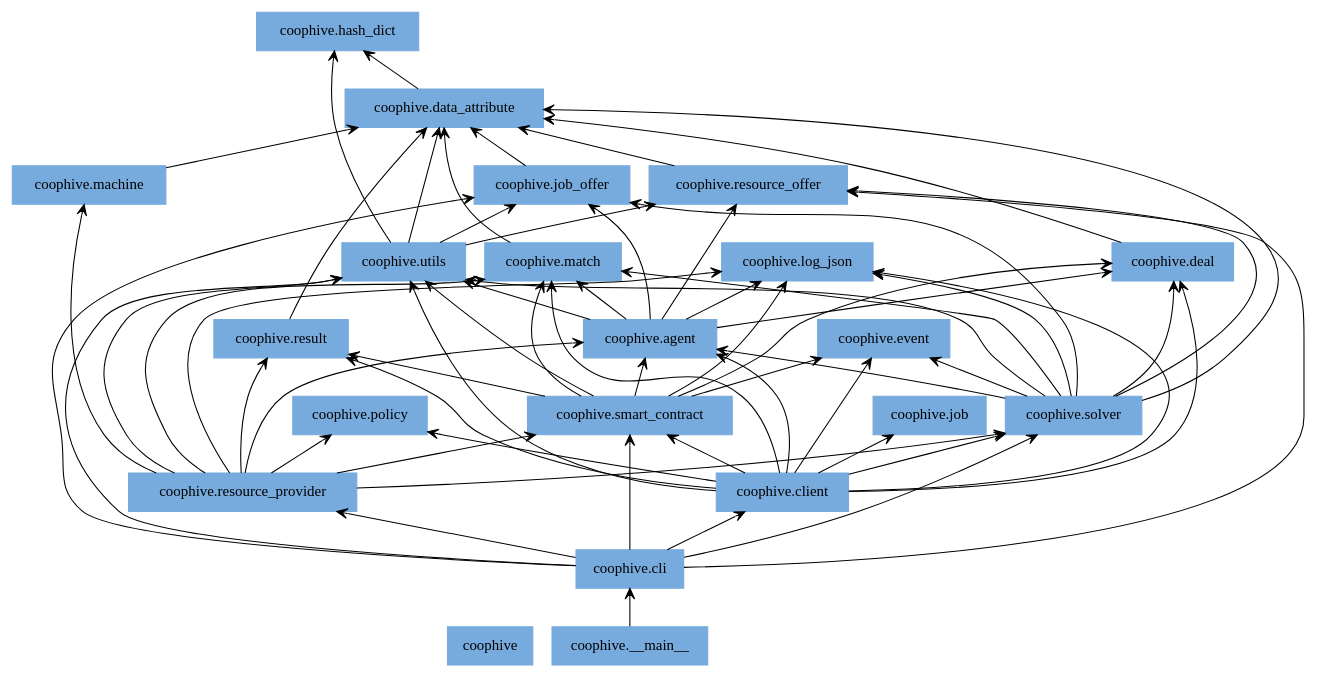
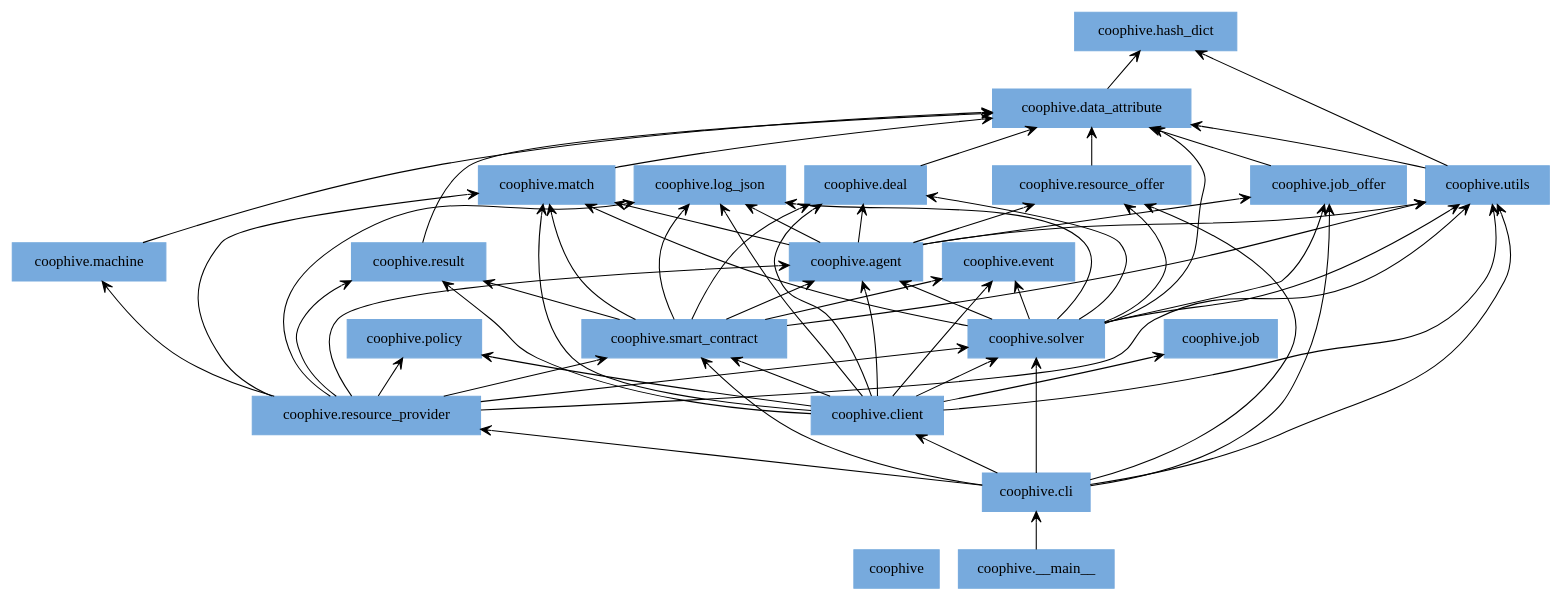
One commit to CoopHive/Apiary changed the diagram in docs/img/packages_coophive.dot. Above: the diagram before and after it, drawn with Graphviz. The commit also changed 3 other files, not shown here.

```diff
--- a/docs/img/packages_coophive.dot
+++ b/docs/img/packages_coophive.dot
@@ -1,86 +1,84 @@
 digraph "packages_coophive" {
 rankdir=BT
 charset="utf-8"
 "coophive" [color="#77AADD", label=<coophive>, shape="box", style="filled"];
 "coophive.__main__" [color="#77AADD", label=<coophive.__main__>, shape="box", style="filled"];
 "coophive.agent" [color="#77AADD", label=<coophive.agent>, shape="box", style="filled"];
 "coophive.cli" [color="#77AADD", label=<coophive.cli>, shape="box", style="filled"];
 "coophive.client" [color="#77AADD", label=<coophive.client>, shape="box", style="filled"];
 "coophive.data_attribute" [color="#77AADD", label=<coophive.data_attribute>, shape="box", style="filled"];
 "coophive.deal" [color="#77AADD", label=<coophive.deal>, shape="box", style="filled"];
 "coophive.event" [color="#77AADD", label=<coophive.event>, shape="box", style="filled"];
 "coophive.hash_dict" [color="#77AADD", label=<coophive.hash_dict>, shape="box", style="filled"];
 "coophive.job" [color="#77AADD", label=<coophive.job>, shape="box", style="filled"];
 "coophive.job_offer" [color="#77AADD", label=<coophive.job_offer>, shape="box", style="filled"];
 "coophive.log_json" [color="#77AADD", label=<coophive.log_json>, shape="box", style="filled"];
 "coophive.machine" [color="#77AADD", label=<coophive.machine>, shape="box", style="filled"];
 "coophive.match" [color="#77AADD", label=<coophive.match>, shape="box", style="filled"];
 "coophive.policy" [color="#77AADD", label=<coophive.policy>, shape="box", style="filled"];
 "coophive.resource_offer" [color="#77AADD", label=<coophive.resource_offer>, shape="box", style="filled"];
 "coophive.resource_provider" [color="#77AADD", label=<coophive.resource_provider>, shape="box", style="filled"];
 "coophive.result" [color="#77AADD", label=<coophive.result>, shape="box", style="filled"];
 "coophive.smart_contract" [color="#77AADD", label=<coophive.smart_contract>, shape="box", style="filled"];
 "coophive.solver" [color="#77AADD", label=<coophive.solver>, shape="box", style="filled"];
 "coophive.utils" [color="#77AADD", label=<coophive.utils>, shape="box", style="filled"];
 "coophive.__main__" -> "coophive.cli" [arrowhead="open", arrowtail="none"];
 "coophive.agent" -> "coophive.deal" [arrowhead="open", arrowtail="none"];
 "coophive.agent" -> "coophive.job_offer" [arrowhead="open", arrowtail="none"];
 "coophive.agent" -> "coophive.log_json" [arrowhead="open", arrowtail="none"];
 "coophive.agent" -> "coophive.match" [arrowhead="open", arrowtail="none"];
 "coophive.agent" -> "coophive.resource_offer" [arrowhead="open", arrowtail="none"];
 "coophive.agent" -> "coophive.utils" [arrowhead="open", arrowtail="none"];
 "coophive.cli" -> "coophive.client" [arrowhead="open", arrowtail="none"];
 "coophive.cli" -> "coophive.job_offer" [arrowhead="open", arrowtail="none"];
 "coophive.cli" -> "coophive.resource_offer" [arrowhead="open", arrowtail="none"];
 "coophive.cli" -> "coophive.resource_provider" [arrowhead="open", arrowtail="none"];
 "coophive.cli" -> "coophive.smart_contract" [arrowhead="open", arrowtail="none"];
 "coophive.cli" -> "coophive.solver" [arrowhead="open", arrowtail="none"];
 "coophive.cli" -> "coophive.utils" [arrowhead="open", arrowtail="none"];
 "coophive.client" -> "coophive.agent" [arrowhead="open", arrowtail="none"];
 "coophive.client" -> "coophive.deal" [arrowhead="open", arrowtail="none"];
 "coophive.client" -> "coophive.event" [arrowhead="open", arrowtail="none"];
 "coophive.client" -> "coophive.job" [arrowhead="open", arrowtail="none"];
 "coophive.client" -> "coophive.log_json" [arrowhead="open", arrowtail="none"];
 "coophive.client" -> "coophive.match" [arrowhead="open", arrowtail="none"];
 "coophive.client" -> "coophive.policy" [arrowhead="open", arrowtail="none"];
 "coophive.client" -> "coophive.result" [arrowhead="open", arrowtail="none"];
 "coophive.client" -> "coophive.smart_contract" [arrowhead="open", arrowtail="none"];
 "coophive.client" -> "coophive.solver" [arrowhead="open", arrowtail="none"];
 "coophive.client" -> "coophive.utils" [arrowhead="open", arrowtail="none"];
 "coophive.data_attribute" -> "coophive.hash_dict" [arrowhead="open", arrowtail="none"];
 "coophive.deal" -> "coophive.data_attribute" [arrowhead="open", arrowtail="none"];
 "coophive.job_offer" -> "coophive.data_attribute" [arrowhead="open", arrowtail="none"];
 "coophive.machine" -> "coophive.data_attribute" [arrowhead="open", arrowtail="none"];
 "coophive.match" -> "coophive.data_attribute" [arrowhead="open", arrowtail="none"];
 "coophive.resource_offer" -> "coophive.data_attribute" [arrowhead="open", arrowtail="none"];
 "coophive.resource_provider" -> "coophive.agent" [arrowhead="open", arrowtail="none"];
 "coophive.resource_provider" -> "coophive.log_json" [arrowhead="open", arrowtail="none"];
 "coophive.resource_provider" -> "coophive.machine" [arrowhead="open", arrowtail="none"];
 "coophive.resource_provider" -> "coophive.match" [arrowhead="open", arrowtail="none"];
 "coophive.resource_provider" -> "coophive.policy" [arrowhead="open", arrowtail="none"];
 "coophive.resource_provider" -> "coophive.result" [arrowhead="open", arrowtail="none"];
 "coophive.resource_provider" -> "coophive.smart_contract" [arrowhead="open", arrowtail="none"];
 "coophive.resource_provider" -> "coophive.solver" [arrowhead="open", arrowtail="none"];
 "coophive.resource_provider" -> "coophive.utils" [arrowhead="open", arrowtail="none"];
 "coophive.result" -> "coophive.data_attribute" [arrowhead="open", arrowtail="none"];
 "coophive.smart_contract" -> "coophive.agent" [arrowhead="open", arrowtail="none"];
 "coophive.smart_contract" -> "coophive.deal" [arrowhead="open", arrowtail="none"];
 "coophive.smart_contract" -> "coophive.event" [arrowhead="open", arrowtail="none"];
 "coophive.smart_contract" -> "coophive.log_json" [arrowhead="open", arrowtail="none"];
 "coophive.smart_contract" -> "coophive.match" [arrowhead="open", arrowtail="none"];
 "coophive.smart_contract" -> "coophive.result" [arrowhead="open", arrowtail="none"];
 "coophive.smart_contract" -> "coophive.utils" [arrowhead="open", arrowtail="none"];
 "coophive.solver" -> "coophive.agent" [arrowhead="open", arrowtail="none"];
 "coophive.solver" -> "coophive.data_attribute" [arrowhead="open", arrowtail="none"];
 "coophive.solver" -> "coophive.deal" [arrowhead="open", arrowtail="none"];
 "coophive.solver" -> "coophive.event" [arrowhead="open", arrowtail="none"];
 "coophive.solver" -> "coophive.job_offer" [arrowhead="open", arrowtail="none"];
 "coophive.solver" -> "coophive.log_json" [arrowhead="open", arrowtail="none"];
 "coophive.solver" -> "coophive.match" [arrowhead="open", arrowtail="none"];
 "coophive.solver" -> "coophive.resource_offer" [arrowhead="open", arrowtail="none"];
 "coophive.solver" -> "coophive.utils" [arrowhead="open", arrowtail="none"];
 "coophive.utils" -> "coophive.data_attribute" [arrowhead="open", arrowtail="none"];
 "coophive.utils" -> "coophive.hash_dict" [arrowhead="open", arrowtail="none"];
-"coophive.utils" -> "coophive.job_offer" [arrowhead="open", arrowtail="none"];
-"coophive.utils" -> "coophive.resource_offer" [arrowhead="open", arrowtail="none"];
 }
```
